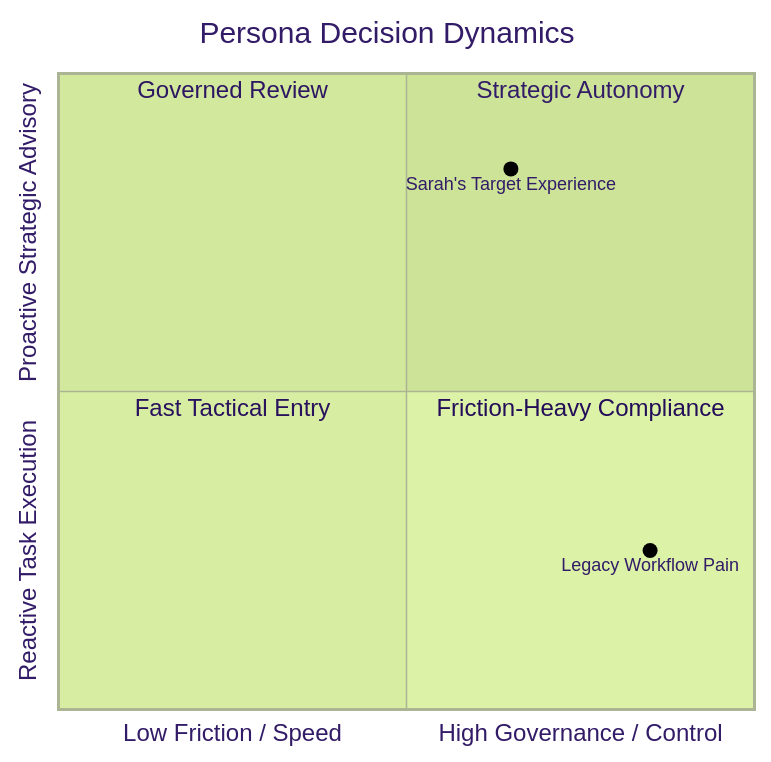
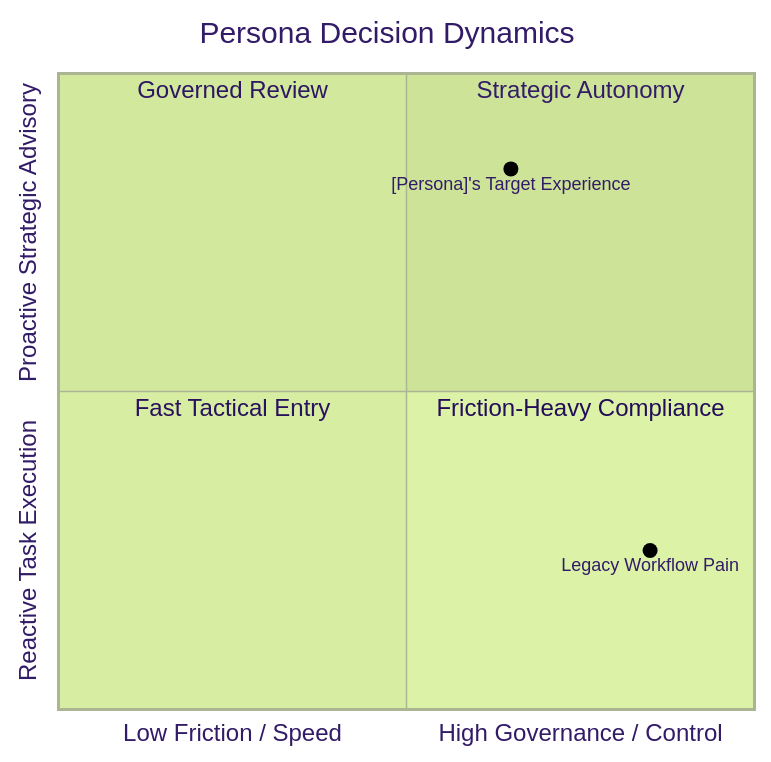
Before and after one commit to RPalis/AIXLab-Atlas: the diagram in skills/persona/templates/persona-walkthrough-template.md, drawn with Mermaid (forest theme). The commit also changed other lines of this file and 3 other files, not shown here.

````diff
--- a/skills/persona/templates/persona-walkthrough-template.md
+++ b/skills/persona/templates/persona-walkthrough-template.md
@@ -17,12 +27,12 @@
 ```mermaid
 quadrantChart
     title Persona Decision Dynamics
     x-axis Low Friction / Speed --> High Governance / Control
     y-axis Reactive Task Execution --> Proactive Strategic Advisory
     quadrant-1 Strategic Autonomy
     quadrant-2 Governed Review
     quadrant-3 Fast Tactical Entry
     quadrant-4 Friction-Heavy Compliance
-    "Sarah's Target Experience": [0.65, 0.85]
+    "[Persona]'s Target Experience": [0.65, 0.85]
     "Legacy Workflow Pain": [0.85, 0.25]
 ```
````
